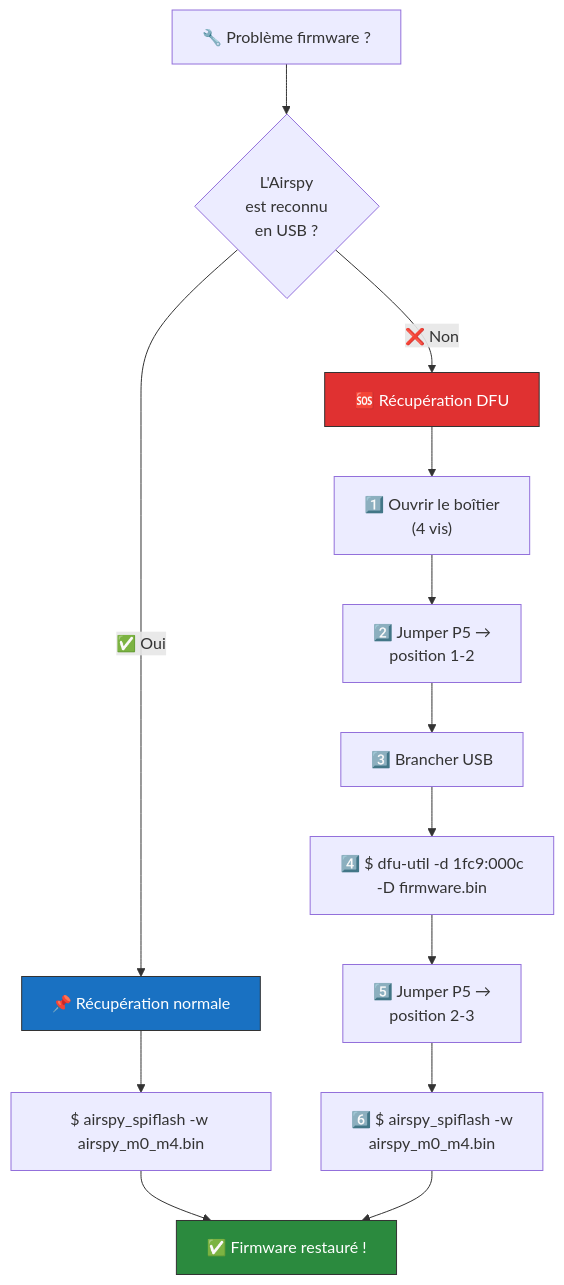
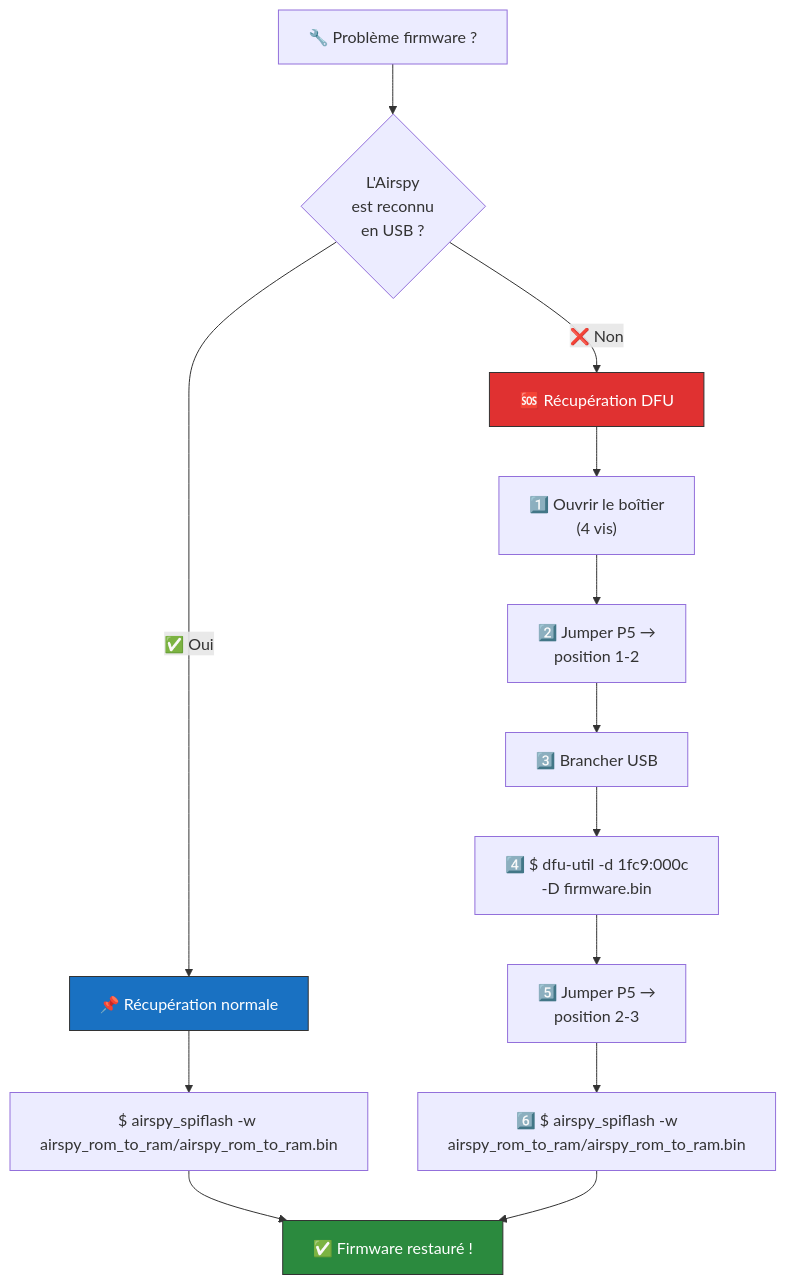
One commit to f4tnk/airspyone_firmware changed diagram 19 of 19 in OPTIMIZATION-LEO-SAT-F4TNK.md. Above: the diagram before and after it, drawn with Mermaid. The commit also changed other lines of this file, not shown here.

````diff
--- a/OPTIMIZATION-LEO-SAT-F4TNK.md
+++ b/OPTIMIZATION-LEO-SAT-F4TNK.md
@@ -915,22 +915,22 @@
 ```mermaid
 flowchart TD
     START["🔧 Problème firmware ?"] --> Q1{"L'Airspy<br/>est reconnu<br/>en USB ?"}
 
     Q1 -->|"✅ Oui"| NORMAL["📌 Récupération normale"]
     Q1 -->|"❌ Non"| DFU["🆘 Récupération DFU"]
 
-    NORMAL --> CMD1["$ airspy_spiflash -w airspy_m0_m4.bin"]
+    NORMAL --> CMD1["$ airspy_spiflash -w airspy_rom_to_ram/airspy_rom_to_ram.bin"]
     CMD1 --> DONE["✅ Firmware restauré !"]
 
     DFU --> STEP1["1️⃣ Ouvrir le boîtier<br/>(4 vis)"]
     STEP1 --> STEP2["2️⃣ Jumper P5 →<br/>position 1-2"]
     STEP2 --> STEP3["3️⃣ Brancher USB"]
     STEP3 --> STEP4["4️⃣ $ dfu-util -d 1fc9:000c<br/>-D firmware.bin"]
     STEP4 --> STEP5["5️⃣ Jumper P5 →<br/>position 2-3"]
-    STEP5 --> STEP6["6️⃣ $ airspy_spiflash -w<br/>airspy_m0_m4.bin"]
+    STEP5 --> STEP6["6️⃣ $ airspy_spiflash -w<br/>airspy_rom_to_ram/airspy_rom_to_ram.bin"]
     STEP6 --> DONE
 
     style DONE fill:#2b8a3e,stroke:#333,color:#fff
     style DFU fill:#e03131,stroke:#333,color:#fff
     style NORMAL fill:#1971c2,stroke:#333,color:#fff
 ```
````
